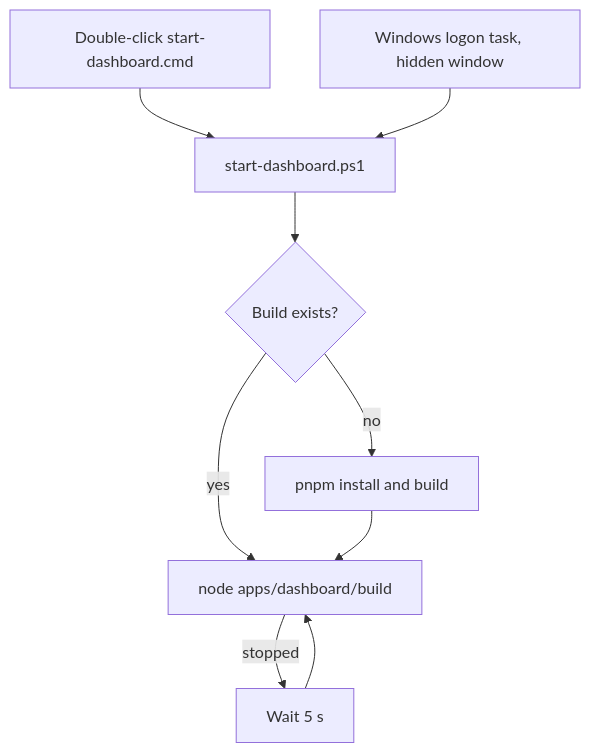
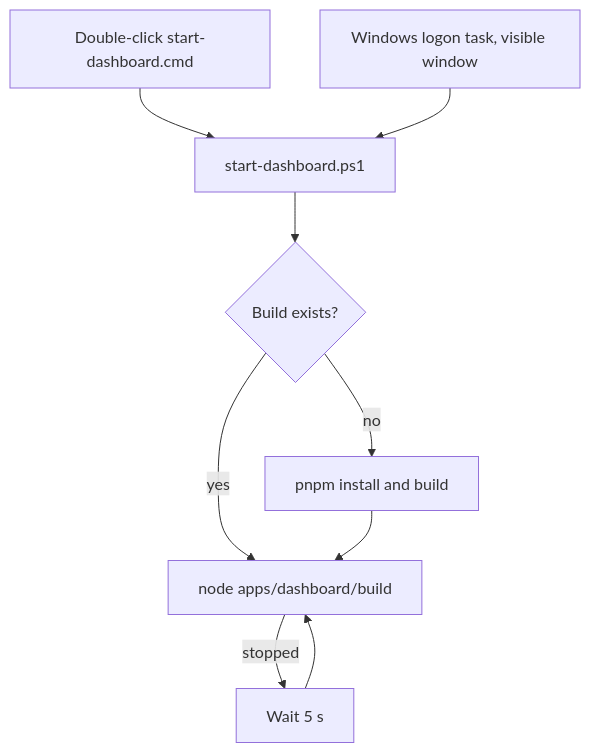
Before and after one commit to cristiadu/valheim-dashboard: diagram 15 of 17 in docs/architecture.md, drawn with Mermaid. The commit also changed other lines of this file and 3 other files, not shown here.

Commit message:
Run the zrok link, the dashboard and the updater in visible windows (#75)

````diff
--- a/docs/architecture.md
+++ b/docs/architecture.md
@@ -327,10 +327,10 @@
 ```mermaid
 flowchart TD
   click[Double-click start-dashboard.cmd] --> ps[start-dashboard.ps1]
-  task[Windows logon task, hidden window] --> ps
+  task[Windows logon task, visible window] --> ps
   ps --> built{Build exists?}
   built -->|no| build[pnpm install and build]
   built -->|yes| run[node apps/dashboard/build]
   build --> run
   run -->|stopped| wait[Wait 5 s] --> run
 ```
````
